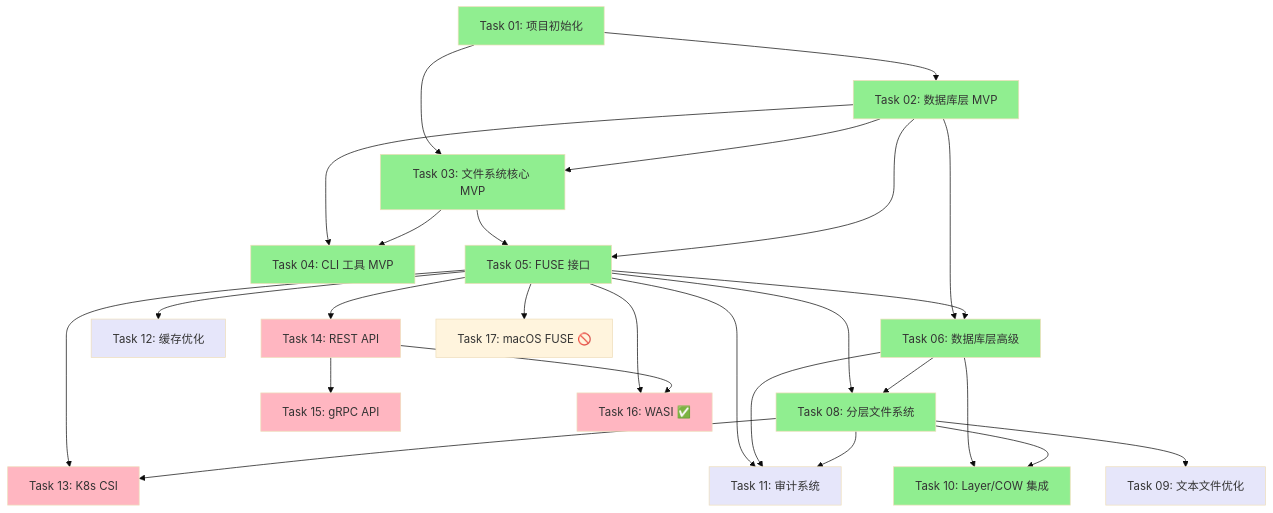
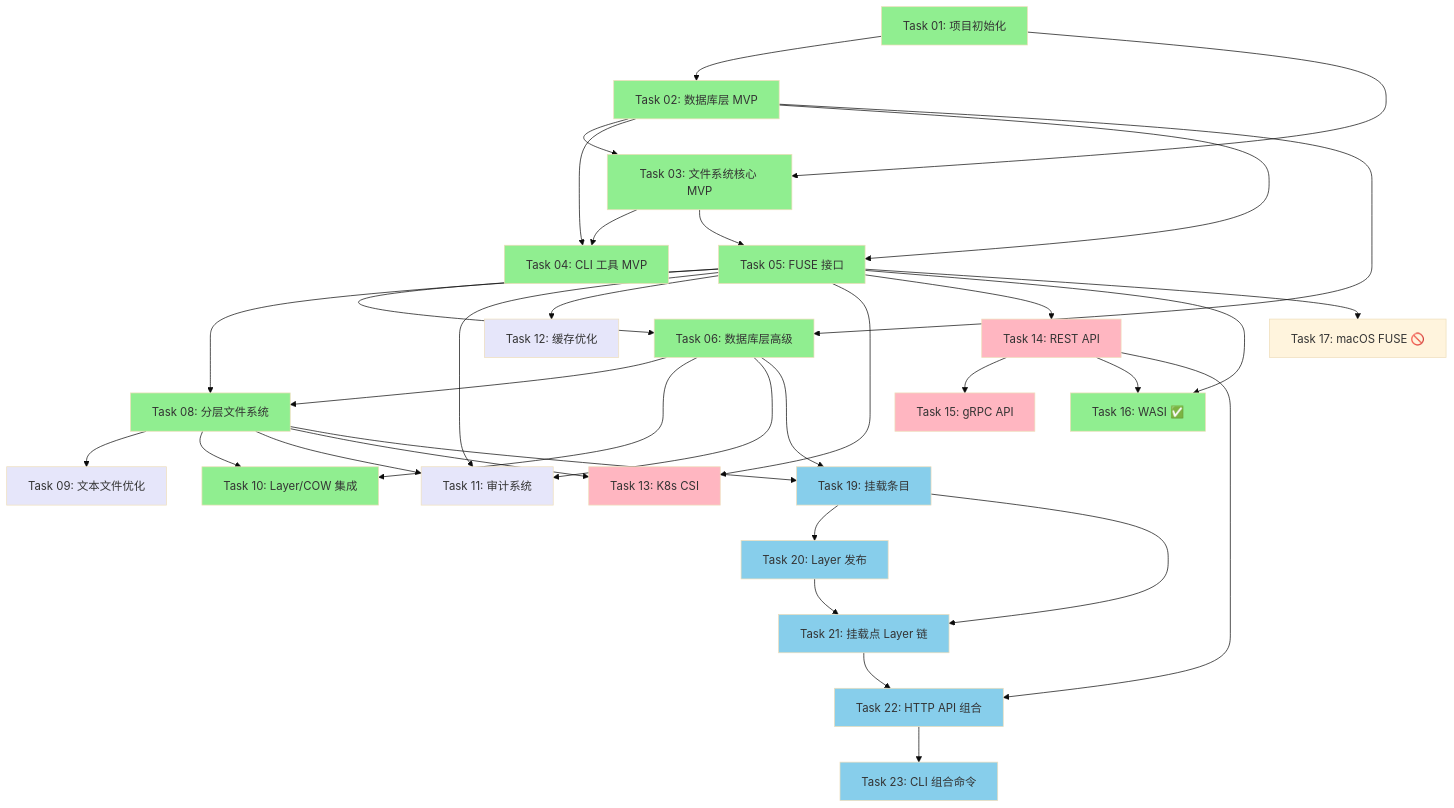
Before and after one commit to VikingMew/tarbox: the diagram in task/README.md, drawn with Mermaid (base theme). The commit also changed other lines of this file and 31 other files, not shown here.

````diff
--- a/task/README.md
+++ b/task/README.md
@@ -280,54 +389,69 @@
 ```mermaid
 graph TD
     T01[Task 01: 项目初始化] --> T02[Task 02: 数据库层 MVP]
     T01 --> T03[Task 03: 文件系统核心 MVP]
     T02 --> T03
     T02 --> T04[Task 04: CLI 工具 MVP]
     T03 --> T04
     
     T03 --> T05[Task 05: FUSE 接口]
     T02 --> T05
     
     T02 --> T06[Task 06: 数据库层高级]
     T05 --> T06
     
     T05 --> T08[Task 08: 分层文件系统]
     T06 --> T08
     
     T08 --> T09[Task 09: 文本文件优化]
     
     T06 --> T10[Task 10: Layer/COW 集成]
     T08 --> T10
     
     T05 --> T11[Task 11: 审计系统]
     T06 --> T11
     T08 --> T11
     
     T05 --> T12[Task 12: 缓存优化]
     
     T05 --> T13[Task 13: K8s CSI]
     T08 --> T13
     
     T05 --> T14[Task 14: REST API]
     T14 --> T15[Task 15: gRPC API]
     
     T05 --> T16[Task 16: WASI ✅]
     T05 --> T17[Task 17: macOS FUSE 🚫]
     T14 --> T16
     
+    %% Phase 5: 文件系统组合
+    T06 --> T19[Task 19: 挂载条目]
+    T08 --> T19
+    T19 --> T20[Task 20: Layer 发布]
+    T19 --> T21[Task 21: 挂载点 Layer 链]
+    T20 --> T21
+    T21 --> T22[Task 22: HTTP API 组合]
+    T14 --> T22
+    T22 --> T23[Task 23: CLI 组合命令]
+    
     style T01 fill:#90EE90
     style T02 fill:#90EE90
     style T03 fill:#90EE90
     style T04 fill:#90EE90
     style T05 fill:#90EE90
     style T06 fill:#90EE90
     style T08 fill:#90EE90
     style T09 fill:#E6E6FA
     style T10 fill:#90EE90
     style T11 fill:#E6E6FA
     style T12 fill:#E6E6FA
     style T13 fill:#FFB6C1
     style T14 fill:#FFB6C1
     style T15 fill:#FFB6C1
-    style T16 fill:#FFB6C1
+    style T16 fill:#90EE90
+    style T19 fill:#87CEEB
+    style T20 fill:#87CEEB
+    style T21 fill:#87CEEB
+    style T22 fill:#87CEEB
+    style T23 fill:#87CEEB
 ```
````
